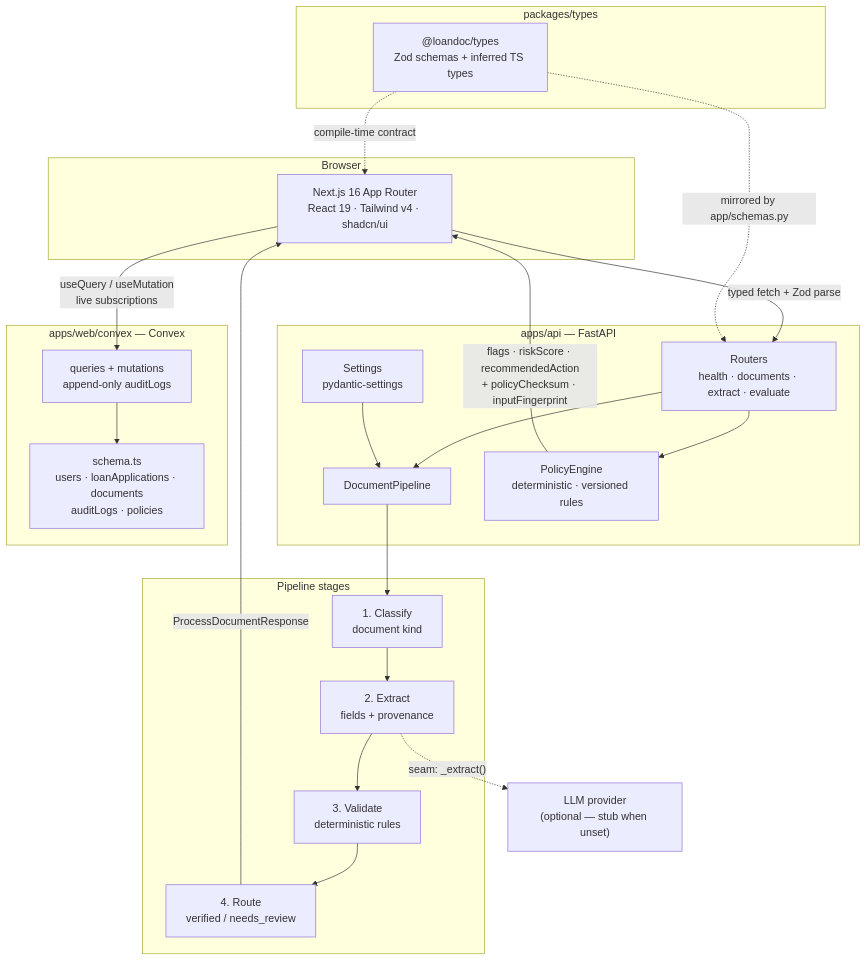
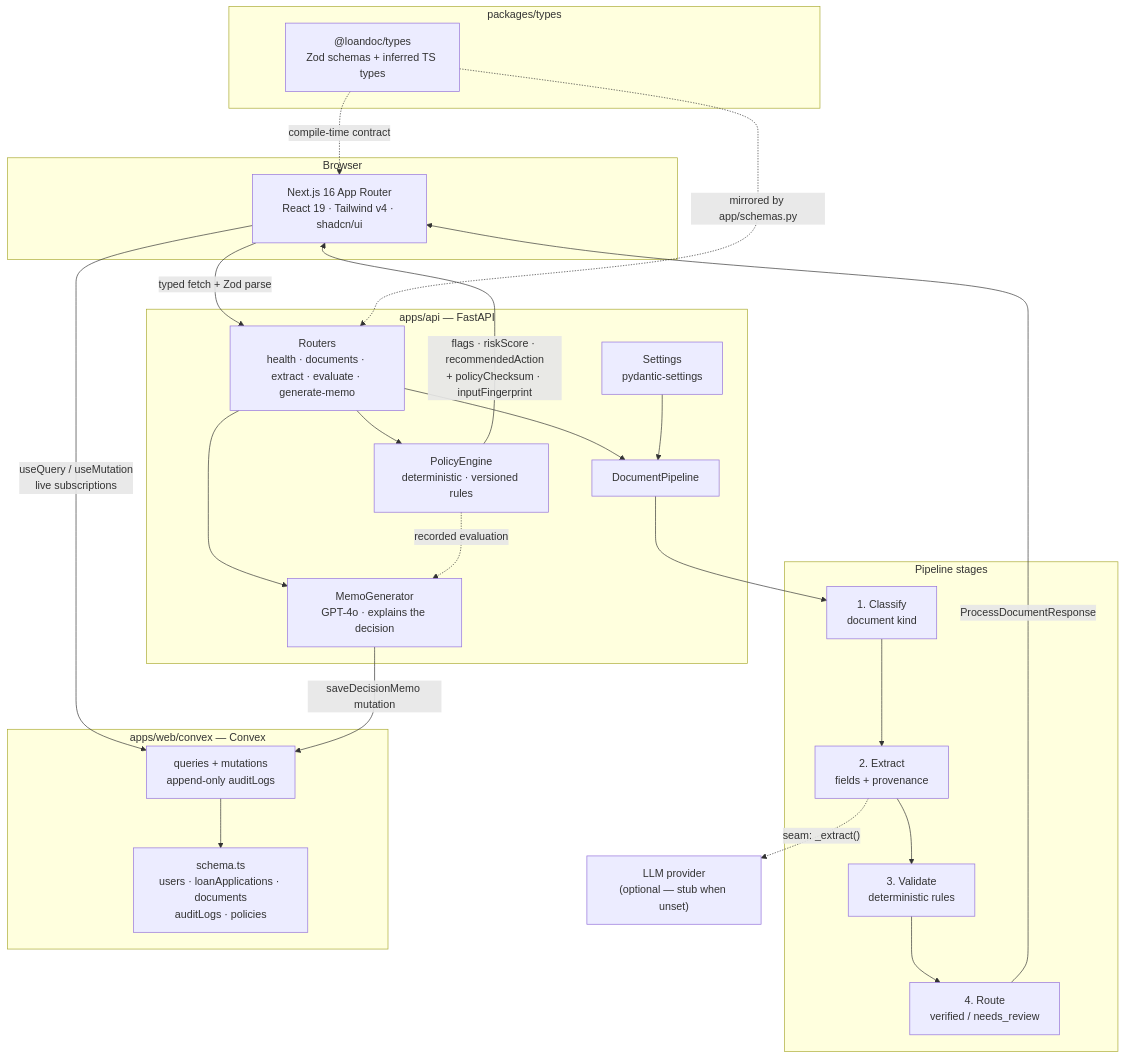
One commit to TIMOTHY-glitch-hash/loanDoc-ai changed the first of 2 diagrams in README.md. Above: the diagram before and after it, drawn with Mermaid. The commit also changed other lines of this file and 16 other files, not shown here.

Commit message:
Add MemoGenerator and /api/v1/generate-memo with Convex persistence

````diff
--- a/README.md
+++ b/README.md
@@ -16,44 +16,48 @@
 ```mermaid
 flowchart TB
     subgraph client["Browser"]
         UI["Next.js 16 App Router<br/>React 19 · Tailwind v4 · shadcn/ui"]
     end
 
     subgraph shared["packages/types"]
         T["@loandoc/types<br/>Zod schemas + inferred TS types"]
     end
 
     subgraph api["apps/api — FastAPI"]
-        R["Routers<br/>health · documents · extract · evaluate"]
+        R["Routers<br/>health · documents · extract · evaluate · generate-memo"]
         P["DocumentPipeline"]
         PE["PolicyEngine<br/>deterministic · versioned rules"]
+        MG["MemoGenerator<br/>GPT-4o · explains the decision"]
         C["Settings<br/>pydantic-settings"]
     end
 
     subgraph pipeline["Pipeline stages"]
         S1["1. Classify<br/>document kind"]
         S2["2. Extract<br/>fields + provenance"]
         S3["3. Validate<br/>deterministic rules"]
         S4["4. Route<br/>verified / needs_review"]
     end
 
     subgraph convex["apps/web/convex — Convex"]
         CS["schema.ts<br/>users · loanApplications · documents<br/>auditLogs · policies"]
         CF["queries + mutations<br/>append-only auditLogs"]
     end
 
     LLM["LLM provider<br/>(optional — stub when unset)"]
 
     UI -->|"useQuery / useMutation<br/>live subscriptions"| CF
     CF --> CS
     UI -->|"typed fetch + Zod parse"| R
     T -.->|"compile-time contract"| UI
     T -.->|"mirrored by app/schemas.py"| R
     R --> P
     R --> PE
+    R --> MG
+    PE -.->|"recorded evaluation"| MG
+    MG -->|"saveDecisionMemo mutation"| CF
     C --> P
     P --> S1 --> S2 --> S3 --> S4
     S2 -.->|"seam: _extract()"| LLM
     S4 -->|"ProcessDocumentResponse"| UI
     PE -->|"flags · riskScore · recommendedAction<br/>+ policyChecksum · inputFingerprint"| UI
 ```
````
